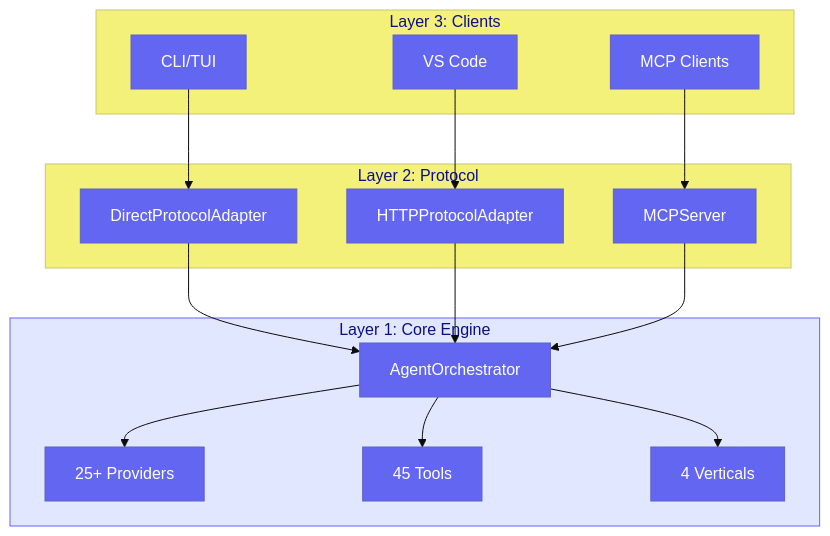
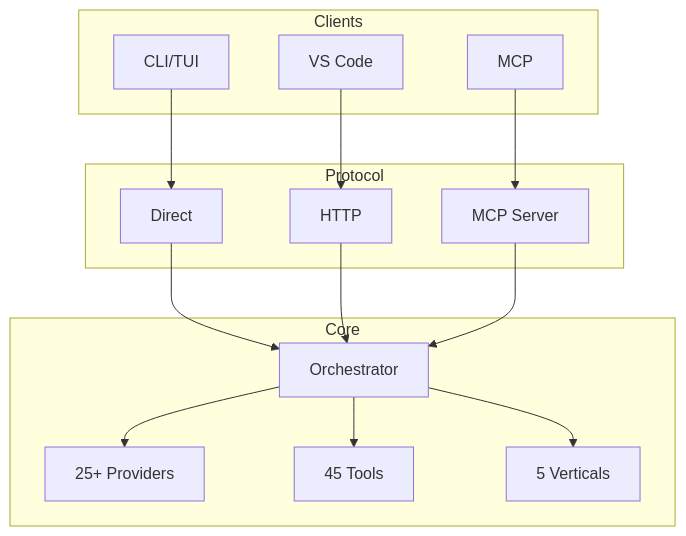
Before and after one commit to vjsingh1984/victor: the second of 2 diagrams in README.md, drawn with Mermaid. The commit also changed other lines of this file and 1267 other files, not shown here.

````diff
--- a/README.md
+++ b/README.md
@@ -302,34 +126,28 @@
 ```mermaid
-%%{init: {'theme': 'base', 'themeVariables': { 'primaryColor': '#6366F1', 'primaryTextColor': '#fff'}}}%%
 flowchart TB
-    subgraph Clients["Layer 3: Clients"]
-        CLI["CLI/TUI"]
-        VSCode["VS Code"]
-        MCP["MCP Clients"]
+    subgraph Clients
+        CLI[CLI/TUI]
+        VS[VS Code]
+        MCP[MCP]
     end
 
-    subgraph Protocol["Layer 2: Protocol"]
-        Direct["DirectProtocolAdapter"]
-        HTTP["HTTPProtocolAdapter"]
-        MCPServer["MCPServer"]
+    subgraph Protocol
+        Direct[Direct]
+        HTTP[HTTP]
+        MCPS[MCP Server]
     end
 
-    subgraph Core["Layer 1: Core Engine"]
-        Orchestrator["AgentOrchestrator"]
-        Providers["25+ Providers"]
-        Tools["45 Tools"]
-        Verticals["4 Verticals"]
+    subgraph Core
+        Orch[Orchestrator]
+        Prov[25+ Providers]
+        Tools[45 Tools]
+        Vert[5 Verticals]
     end
 
-    CLI --> Direct
-    VSCode --> HTTP
-    MCP --> MCPServer
-    Direct --> Orchestrator
-    HTTP --> Orchestrator
-    MCPServer --> Orchestrator
-    Orchestrator --> Providers
-    Orchestrator --> Tools
-    Orchestrator --> Verticals
-
-    style Core fill:#E0E7FF,stroke:#6366F1
+    CLI --> Direct --> Orch
+    VS --> HTTP --> Orch
+    MCP --> MCPS --> Orch
+    Orch --> Prov
+    Orch --> Tools
+    Orch --> Vert
 ```
````
